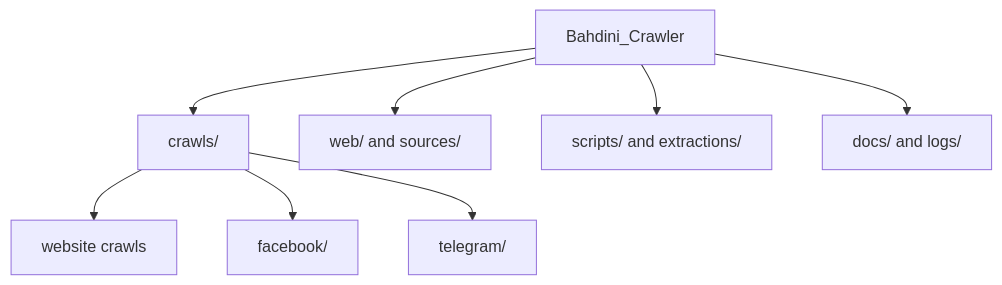
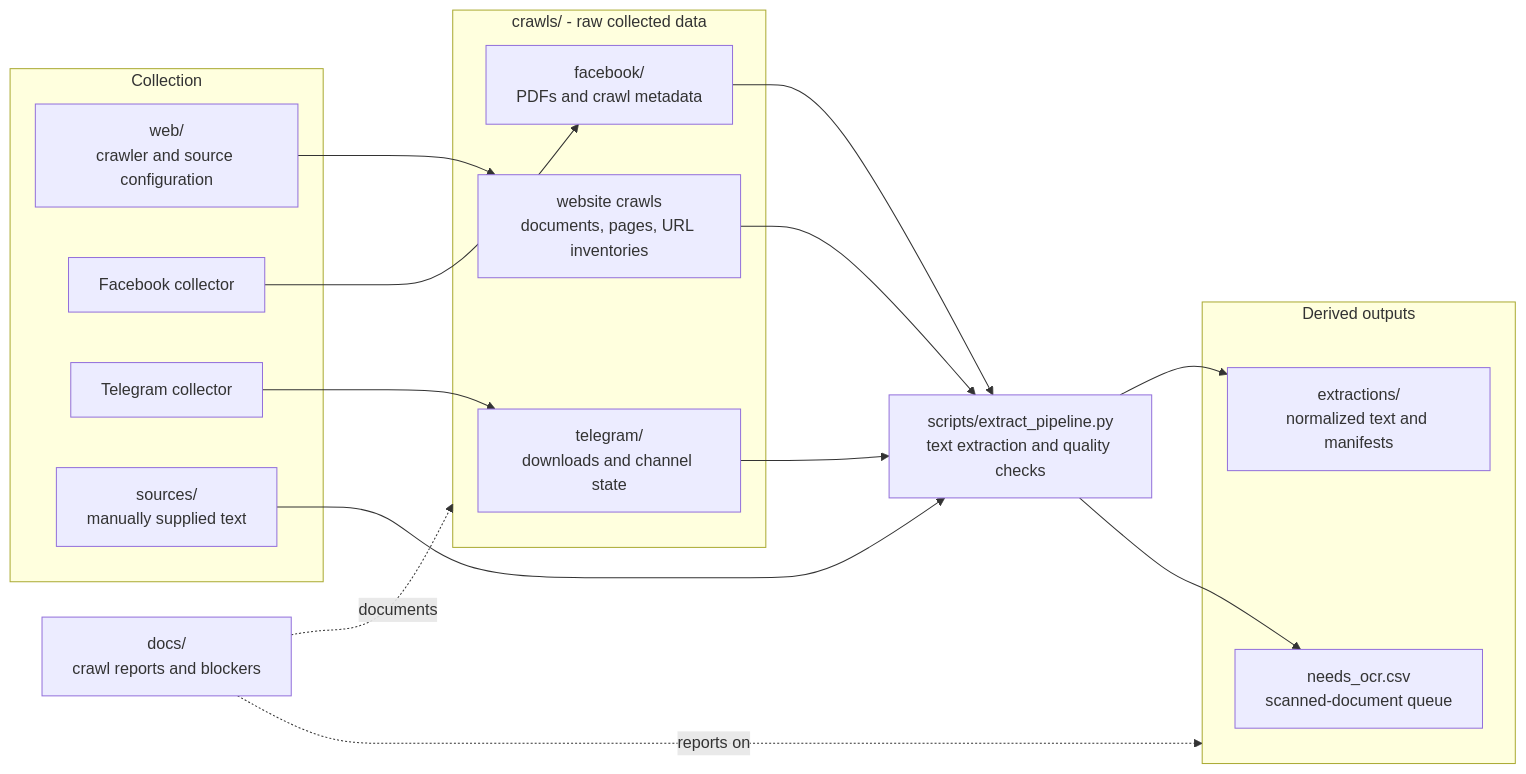
The diagram in README.md (SawabS/Bahdini_Crawler), drawn with Mermaid before and after one commit.

Commit message:
improve repository layout diagram

````diff
--- a/README.md
+++ b/README.md
@@ -79,12 +79,35 @@
 ```mermaid
-flowchart TB
-   root["Bahdini_Crawler"]
-   root --> crawls["crawls/"]
-   root --> collection["web/ and sources/"]
-   root --> processing["scripts/ and extractions/"]
-   root --> documentation["docs/ and logs/"]
+flowchart LR
+   subgraph collection["Collection"]
+      web["web/<br/>crawler and source configuration"]
+      facebook_collector["Facebook collector"]
+      telegram_collector["Telegram collector"]
+      supplied_text["sources/<br/>manually supplied text"]
+   end
 
-   crawls --> sites["website crawls"]
-   crawls --> facebook["facebook/"]
-   crawls --> telegram["telegram/"]
+   subgraph crawls["crawls/ - raw collected data"]
+      websites["website crawls<br/>documents, pages, URL inventories"]
+      facebook["facebook/<br/>PDFs and crawl metadata"]
+      telegram["telegram/<br/>downloads and channel state"]
+   end
+
+   pipeline["scripts/extract_pipeline.py<br/>text extraction and quality checks"]
+
+   subgraph outputs["Derived outputs"]
+      extractions["extractions/<br/>normalized text and manifests"]
+      ocr["needs_ocr.csv<br/>scanned-document queue"]
+   end
+
+   web --> websites
+   facebook_collector --> facebook
+   telegram_collector --> telegram
+   websites --> pipeline
+   facebook --> pipeline
+   telegram --> pipeline
+   supplied_text --> pipeline
+   pipeline --> extractions
+   pipeline --> ocr
+
+   docs["docs/<br/>crawl reports and blockers"] -. documents .-> crawls
+   docs -. reports on .-> outputs
 ```
````
